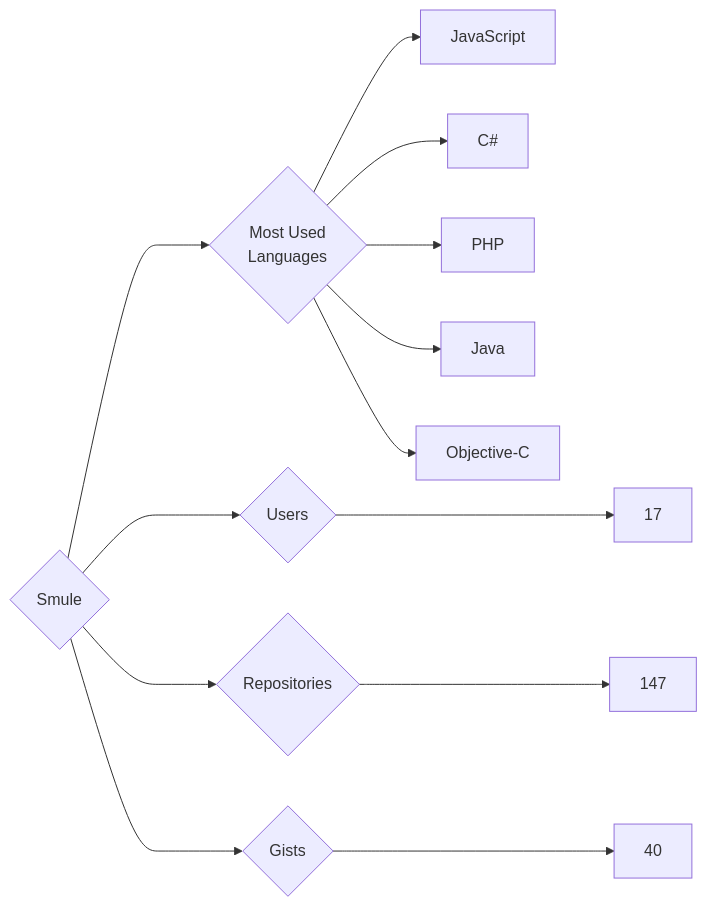
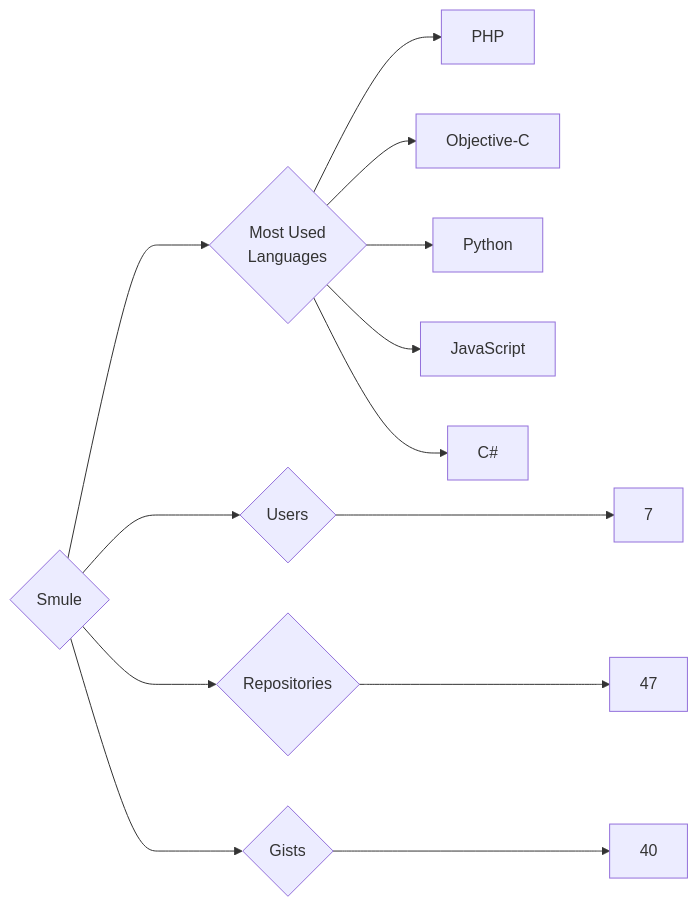
One commit to trickest/insiders changed the diagram in targets/Smule/README.md. Above: the diagram before and after it, drawn with Mermaid. The commit also changed 770 other files, not shown here.

````diff
--- a/targets/Smule/README.md
+++ b/targets/Smule/README.md
@@ -3,13 +3,13 @@
 ```mermaid
 graph LR
 COMPANY_NAME{Smule}
-COMPANY_NAME ---> U{Users} ---> UN[17]
-COMPANY_NAME ---> R{Repositories} ---> RN[147]
+COMPANY_NAME ---> U{Users} ---> UN[7]
+COMPANY_NAME ---> R{Repositories} ---> RN[47]
 COMPANY_NAME ---> G{Gists} ---> GN[40]
 COMPANY_NAME ---> ML{Most Used<br>Languages}
+ML --> PHP[PHP]
+ML --> Objective-C[Objective-C]
+ML --> Python[Python]
 ML --> JavaScript[JavaScript]
 ML --> C#[C#]
-ML --> PHP[PHP]
-ML --> Java[Java]
-ML --> Objective-C[Objective-C]
 ```
````
